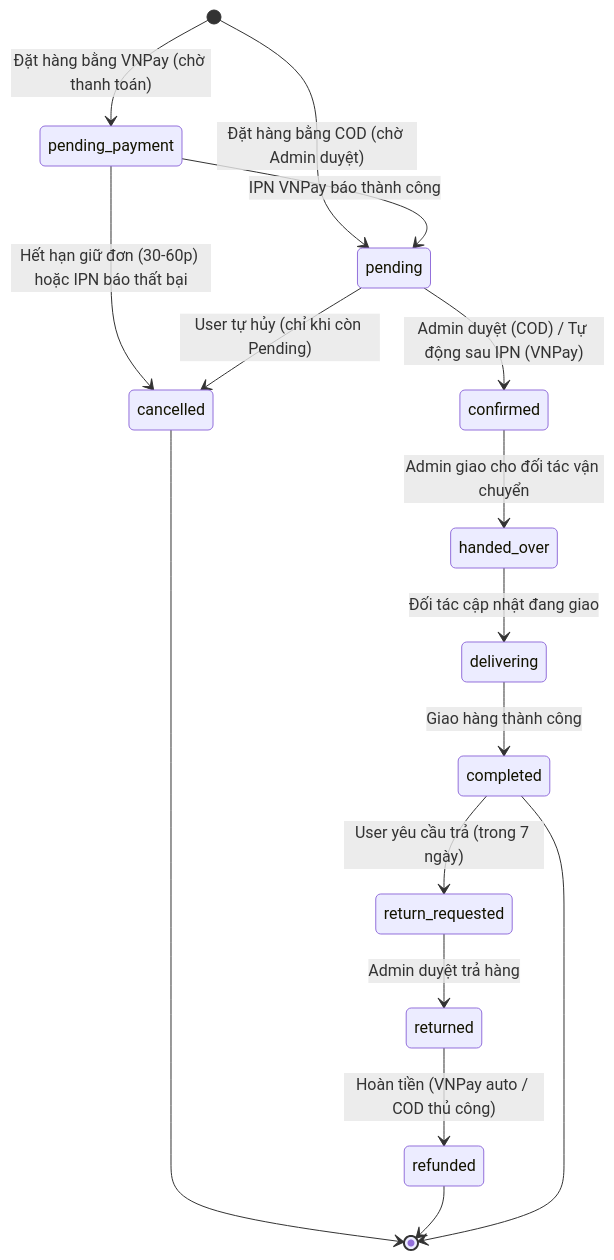
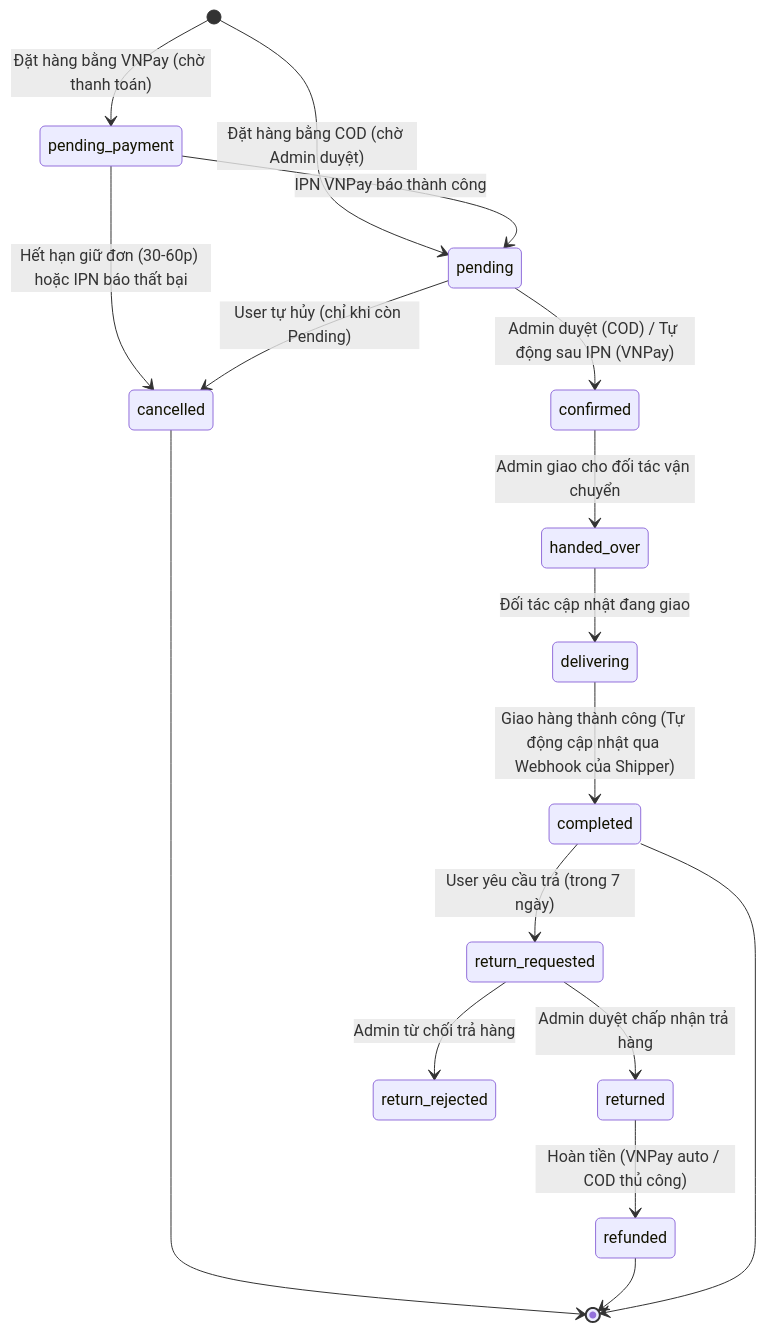
Before and after one commit to trungta897/Ecommerce-with-suggestion: the sixth of 6 diagrams in docs/SRS.md, drawn with Mermaid. The commit also changed other lines of this file and 2 other files, not shown here.

````diff
--- a/docs/SRS.md
+++ b/docs/SRS.md
@@ -271,23 +274,24 @@
 ```mermaid
 stateDiagram-v2
     [*] --> pending_payment: Đặt hàng bằng VNPay (chờ thanh toán)
     [*] --> pending: Đặt hàng bằng COD (chờ Admin duyệt)
 
     pending_payment --> pending: IPN VNPay báo thành công
     pending_payment --> cancelled: Hết hạn giữ đơn (30-60p) hoặc IPN báo thất bại
 
     pending --> confirmed: Admin duyệt (COD) / Tự động sau IPN (VNPay)
     pending --> cancelled: User tự hủy (chỉ khi còn Pending)
 
     confirmed --> handed_over: Admin giao cho đối tác vận chuyển
     handed_over --> delivering: Đối tác cập nhật đang giao
-    delivering --> completed: Giao hàng thành công
+    delivering --> completed: Giao hàng thành công (Tự động cập nhật qua Webhook của Shipper)
 
     completed --> return_requested: User yêu cầu trả (trong 7 ngày)
-    return_requested --> returned: Admin duyệt trả hàng
+    return_requested --> returned: Admin duyệt chấp nhận trả hàng
+    return_requested --> return_rejected: Admin từ chối trả hàng
     returned --> refunded: Hoàn tiền (VNPay auto / COD thủ công)
 
     cancelled --> [*]
     refunded --> [*]
     completed --> [*]
 ```
````
